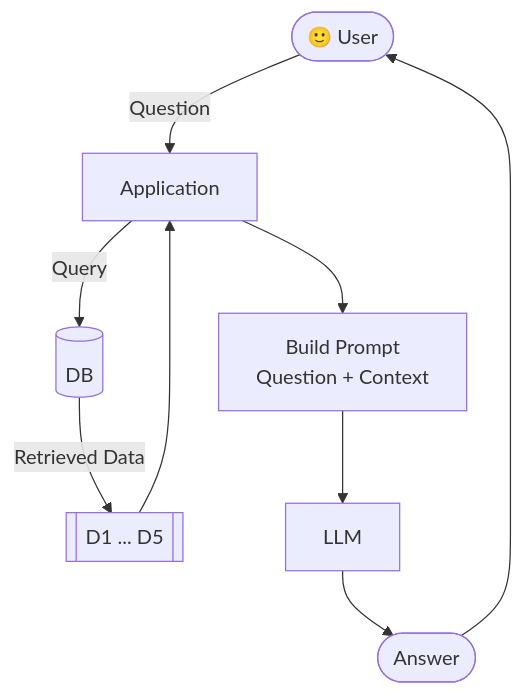
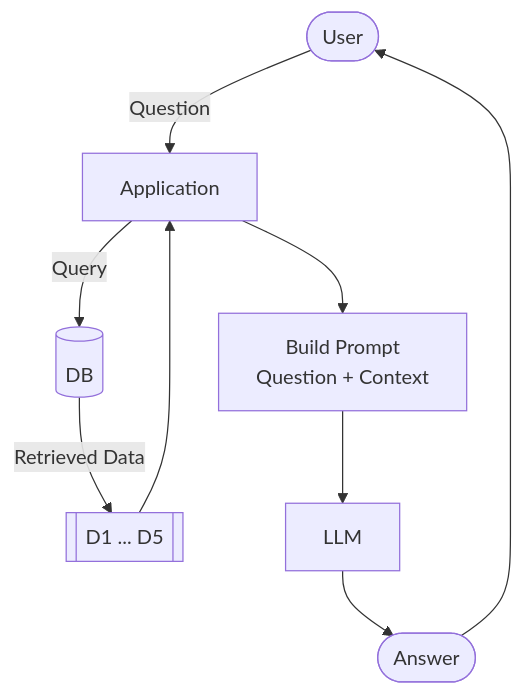
One commit to DataTalksClub/llm-zoomcamp changed the diagram in 01-intro/lessons/07-llm.md. Above: the diagram before and after it, drawn with Mermaid. The commit also changed other lines of this file and 6 other files, not shown here.

````diff
--- a/01-intro/lessons/07-llm.md
+++ b/01-intro/lessons/07-llm.md
@@ -186,27 +167,27 @@
 ```mermaid
 flowchart TD
-    U([🙂 User])
+    U([User])
 
     APP[Application]
 
     DB[(DB)]
     DOCS[[D1 ... D5]]
 
     PROMPT[Build Prompt<br/>Question + Context]
 
     LLM[LLM]
 
     ANSWER([Answer])
 
     U -->|Question| APP
 
     APP -->|Query| DB
     DB -->|Retrieved Data| DOCS
     DOCS --> APP
 
     APP --> PROMPT
     PROMPT --> LLM
 
     LLM --> ANSWER
     ANSWER --> U
 ```
````
